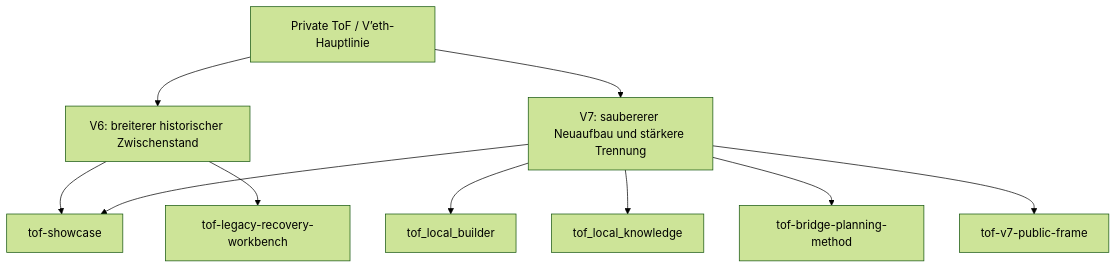
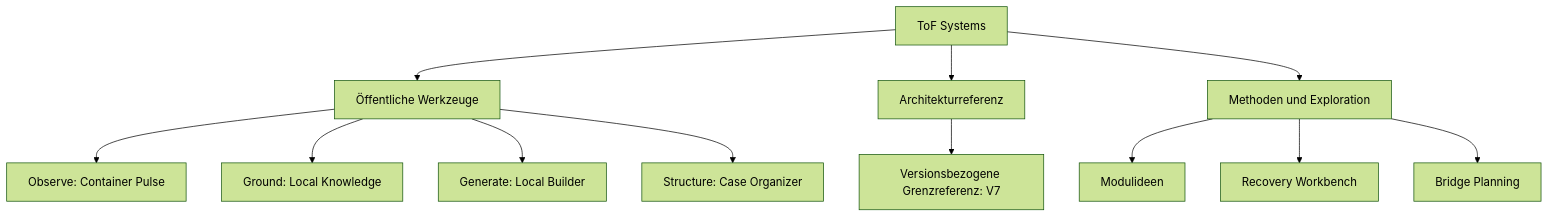
The diagram in docs/06_project-line_DE.md (IMaugrenI/tof-showcase), drawn with Mermaid (forest theme) before and after one commit. The commit also changed other lines of this file, not shown here.

Commit message:
docs(showcase): clarify project family beyond version numbers (DE)

````diff
--- a/docs/06_project-line_DE.md
+++ b/docs/06_project-line_DE.md
@@ -65,13 +32,15 @@
 ```mermaid
 flowchart TD
-    A[Private ToF / V’eth-Hauptlinie]
-    A --> B[V6: breiterer historischer Zwischenstand]
-    A --> C[V7: saubererer Neuaufbau und stärkere Trennung]
-    B --> D[tof-showcase]
-    C --> D
-    C --> E[tof_local_builder]
-    C --> F[tof_local_knowledge]
-    B --> G[tof-legacy-recovery-workbench]
-    C --> H[tof-bridge-planning-method]
-    C --> I[tof-v7-public-frame]
+    A[ToF Systems]
+    A --> B[Öffentliche Werkzeuge]
+    A --> C[Architekturreferenz]
+    A --> D[Methoden und Exploration]
+    B --> E[Observe: Container Pulse]
+    B --> F[Ground: Local Knowledge]
+    B --> G[Generate: Local Builder]
+    B --> H[Structure: Case Organizer]
+    C --> I[Versionsbezogene Grenzreferenz: V7]
+    D --> J[Modulideen]
+    D --> K[Recovery Workbench]
+    D --> L[Bridge Planning]
 ```
````
